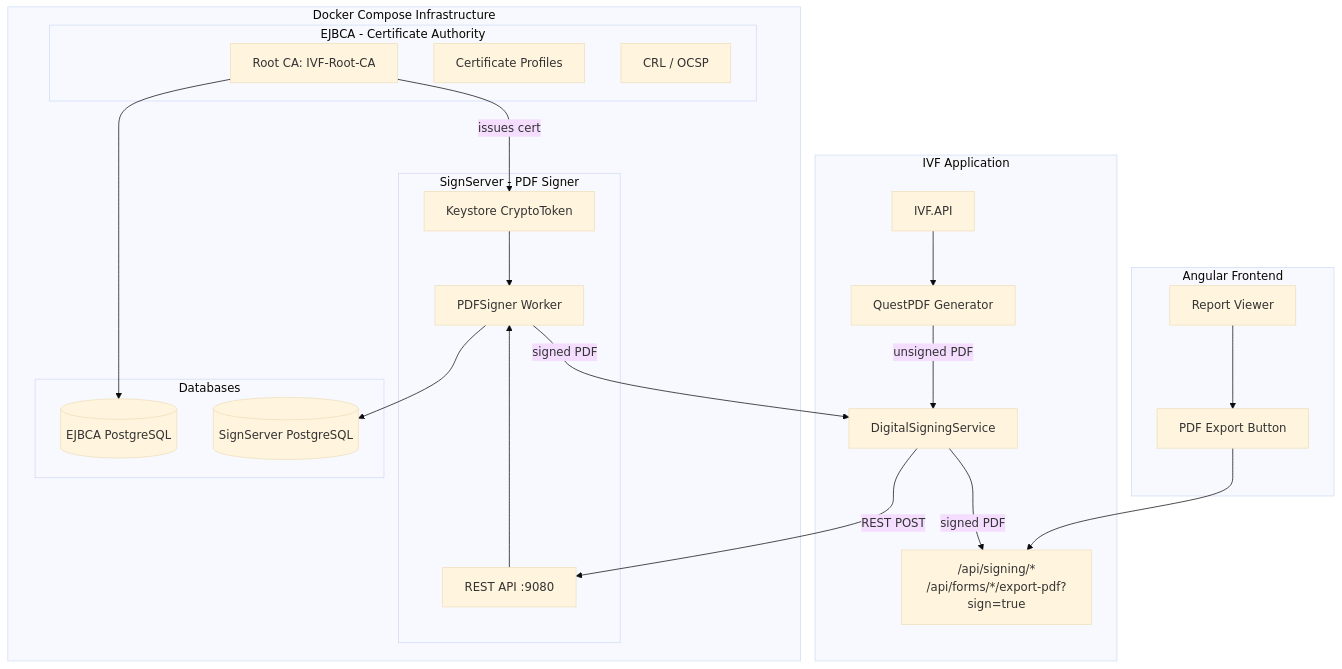
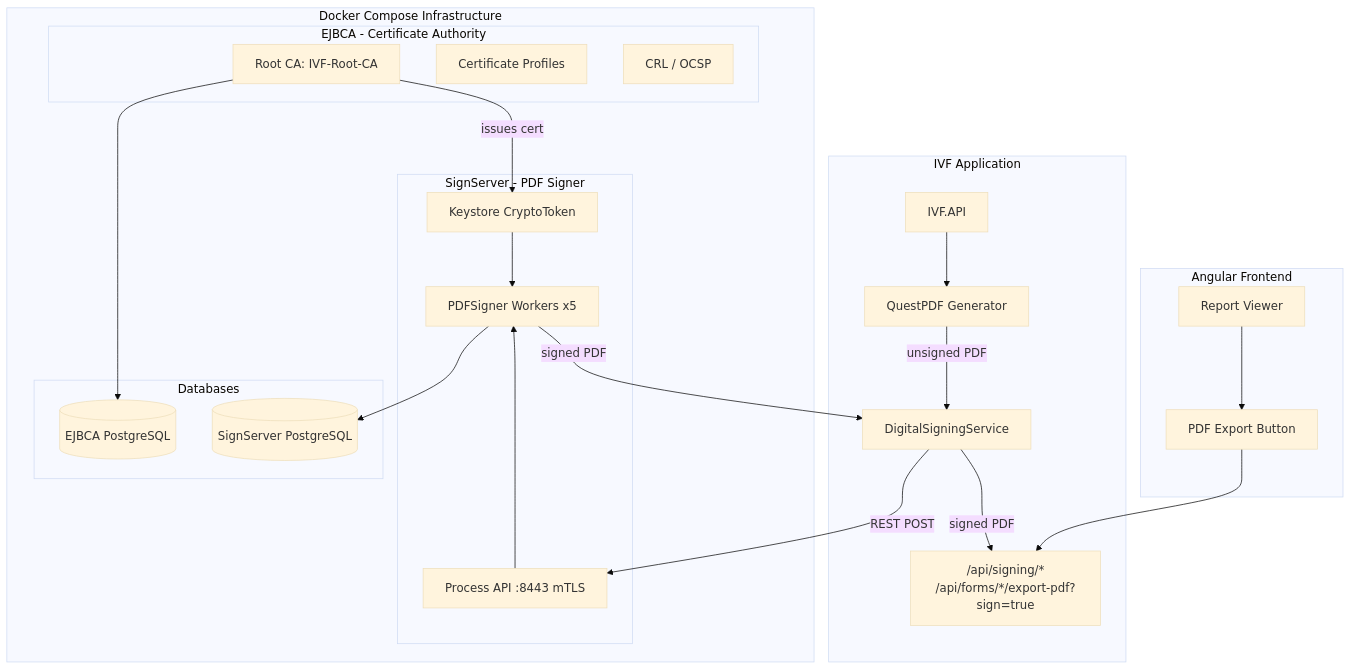
Before and after one commit to Hung6066/IVF: the first of 3 diagrams in docs/digital_signing.md, drawn with Mermaid (base theme). The commit also changed other lines of this file and 53 other files, not shown here.

````diff
--- a/docs/digital_signing.md
+++ b/docs/digital_signing.md
@@ -9,48 +9,48 @@
 ```mermaid
 graph TB
     subgraph Docker["Docker Compose Infrastructure"]
         subgraph CA["EJBCA - Certificate Authority"]
             EJBCA_CA[Root CA: IVF-Root-CA]
             EJBCA_CERT[Certificate Profiles]
             EJBCA_CRL[CRL / OCSP]
         end
 
         subgraph Signer["SignServer - PDF Signer"]
-            SS_WORKER[PDFSigner Worker]
+            SS_WORKER[PDFSigner Workers x5]
             SS_CRYPTO[Keystore CryptoToken]
-            SS_REST[REST API :9080]
+            SS_REST[Process API :8443 mTLS]
         end
 
         subgraph DBs["Databases"]
             EJBCA_DB[(EJBCA PostgreSQL)]
             SS_DB[(SignServer PostgreSQL)]
         end
     end
 
     subgraph IVF["IVF Application"]
         API[IVF.API]
         PDF_GEN[QuestPDF Generator]
         SIGN_SVC[DigitalSigningService]
         ENDPOINTS["/api/signing/*<br>/api/forms/*/export-pdf?sign=true"]
     end
 
     subgraph Client["Angular Frontend"]
         REPORT[Report Viewer]
         EXPORT[PDF Export Button]
     end
 
     EJBCA_CA -->|issues cert| SS_CRYPTO
     SS_CRYPTO --> SS_WORKER
     EJBCA_CA --> EJBCA_DB
     SS_WORKER --> SS_DB
 
     API --> PDF_GEN
     PDF_GEN -->|unsigned PDF| SIGN_SVC
     SIGN_SVC -->|REST POST| SS_REST
     SS_REST --> SS_WORKER
     SS_WORKER -->|signed PDF| SIGN_SVC
     SIGN_SVC -->|signed PDF| ENDPOINTS
 
     EXPORT --> ENDPOINTS
     REPORT --> EXPORT
 ```
````
